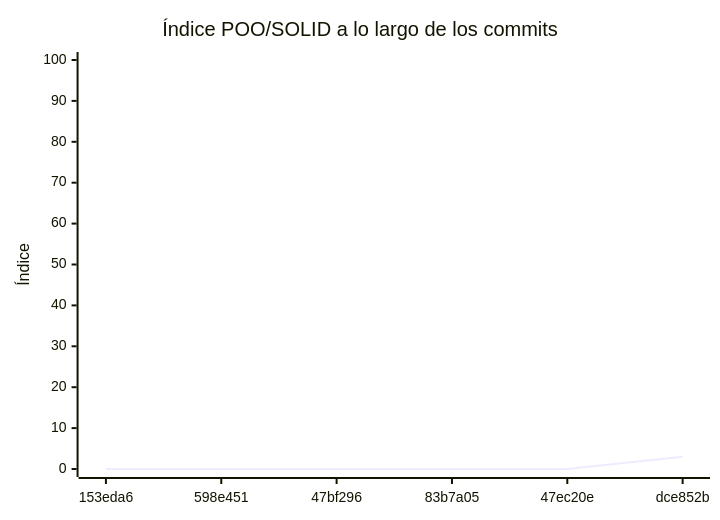
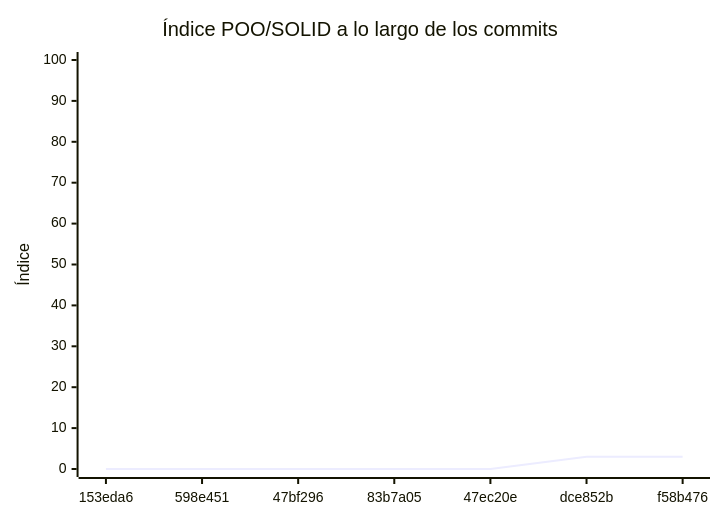
One commit to equipo-xxx/Proyecto-XXX changed the diagram in docs/EVALUACION.md. Above: the diagram before and after it, drawn with Mermaid. The commit also changed other lines of this file and 1 other file, not shown here.

````diff
--- a/docs/EVALUACION.md
+++ b/docs/EVALUACION.md
@@ -233,7 +233,7 @@
 ```mermaid
 xychart-beta
     title "Índice POO/SOLID a lo largo de los commits"
-    x-axis ["153eda6", "598e451", "47bf296", "83b7a05", "47ec20e", "dce852b"]
+    x-axis ["153eda6", "598e451", "47bf296", "83b7a05", "47ec20e", "dce852b", "f58b476"]
     y-axis "Índice" 0 --> 100
-    line [0, 0, 0, 0, 0, 3]
+    line [0, 0, 0, 0, 0, 3, 3]
 ```
````
